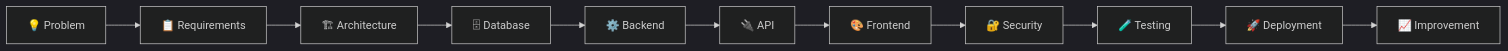
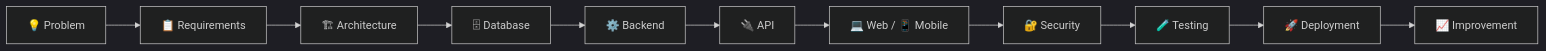
Before and after one commit to poyito777/poyito777: the diagram in README.md, drawn with Mermaid (dark theme). The commit also changed other lines of this file, not shown here.

First line of the commit message:
Revise README for mobile development and new projects

````diff
--- a/README.md
+++ b/README.md
@@ -491,14 +618,14 @@
 ```mermaid
 flowchart LR
 
 A["💡 Problem"] --> B["📋 Requirements"]
 B --> C["🏗 Architecture"]
 C --> D["🗄 Database"]
 D --> E["⚙️ Backend"]
 E --> F["🔌 API"]
-F --> G["🎨 Frontend"]
+F --> G["💻 Web / 📱 Mobile"]
 G --> H["🔐 Security"]
 H --> I["🧪 Testing"]
 I --> J["🚀 Deployment"]
 J --> K["📈 Improvement"]
 ```
````
